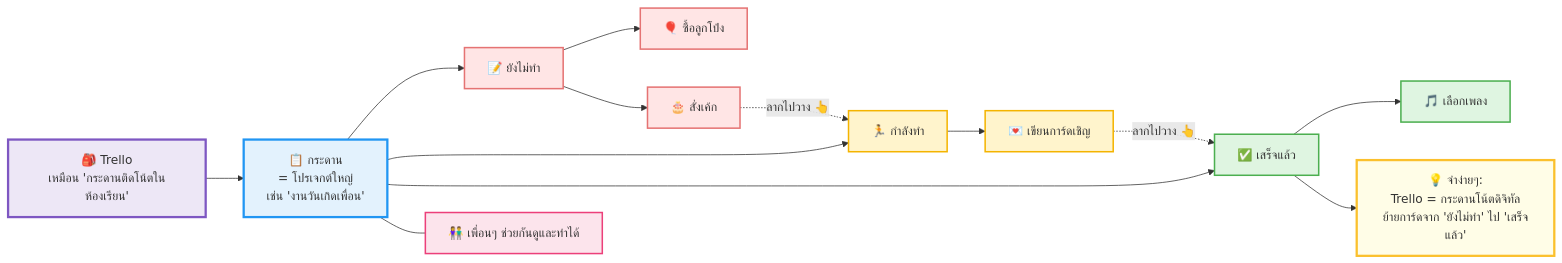
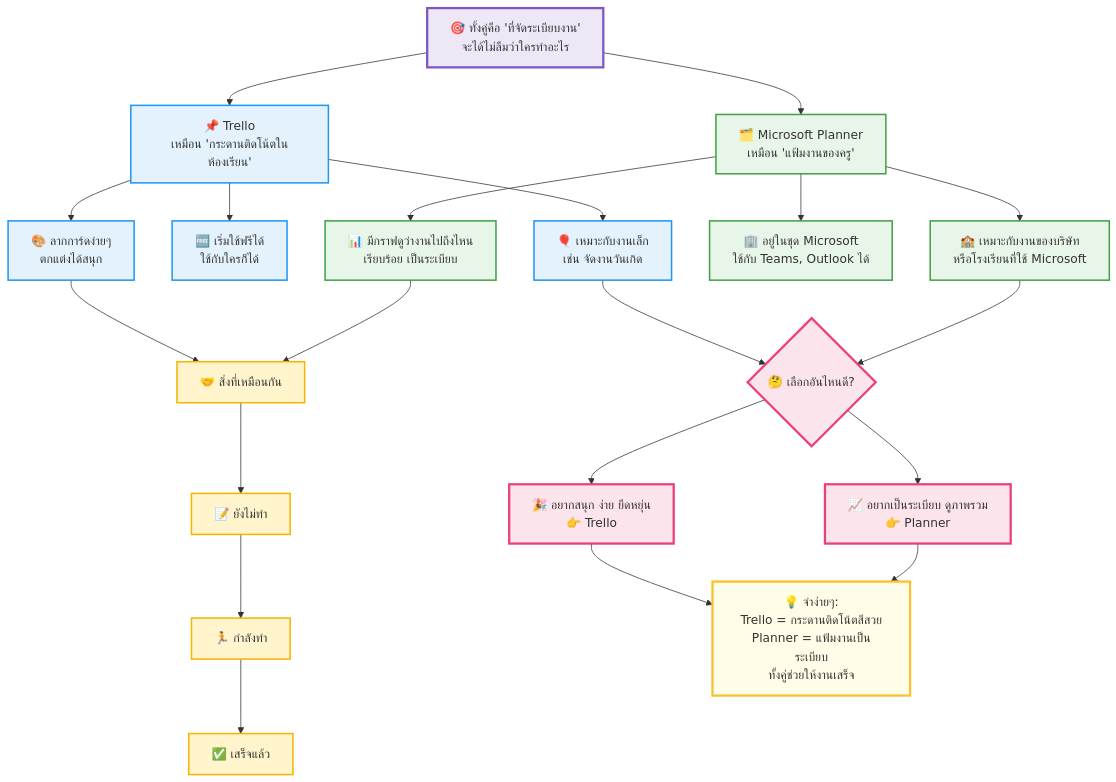
The diagram in mermaid/README.md (sumet-y/page), drawn with Mermaid before and after one commit.

````diff
--- a/mermaid/README.md
+++ b/mermaid/README.md
@@ -1,42 +1,46 @@
 ```mermaid
-flowchart LR
-    A["🎒 Trello<br/>เหมือน 'กระดานติดโน้ตในห้องเรียน'"]
+flowchart TB
+    T["🎯 ทั้งคู่คือ 'ที่จัดระเบียบงาน'<br/>จะได้ไม่ลืมว่าใครทำอะไร"]
 
-    A --> B["📋 กระดาน<br/>= โปรเจกต์ใหญ่<br/>เช่น 'งานวันเกิดเพื่อน'"]
+    T --> L["📌 Trello<br/>เหมือน 'กระดานติดโน้ตในห้องเรียน'"]
+    T --> R["🗂️ Microsoft Planner<br/>เหมือน 'แฟ้มงานของครู'"]
 
-    B --> C["📝 ยังไม่ทำ"]
-    B --> D["🏃 กำลังทำ"]
-    B --> E["✅ เสร็จแล้ว"]
+    L --> L1["🎨 ลากการ์ดง่ายๆ<br/>ตกแต่งได้สนุก"]
+    L --> L2["🆓 เริ่มใช้ฟรีได้<br/>ใช้กับใครก็ได้"]
+    L --> L3["🎈 เหมาะกับงานเล็ก<br/>เช่น จัดงานวันเกิด"]
 
-    C --> C1["🎈 ซื้อลูกโป่ง"]
-    C --> C2["🎂 สั่งเค้ก"]
+    R --> R1["📊 มีกราฟดูว่างานไปถึงไหน<br/>เรียบร้อย เป็นระเบียบ"]
+    R --> R2["🏢 อยู่ในชุด Microsoft<br/>ใช้กับ Teams, Outlook ได้"]
+    R --> R3["🏫 เหมาะกับงานของบริษัท<br/>หรือโรงเรียนที่ใช้ Microsoft"]
 
-    D --> D1["💌 เขียนการ์ดเชิญ"]
+    L1 --> S["🤝 สิ่งที่เหมือนกัน"]
+    R1 --> S
 
-    E --> E1["🎵 เลือกเพลง"]
+    S --> S1["📝 ยังไม่ทำ"]
+    S1 --> S2["🏃 กำลังทำ"]
+    S2 --> S3["✅ เสร็จแล้ว"]
 
-    C2 -. "ลากไปวาง 👆" .-> D
-    D1 -. "ลากไปวาง 👆" .-> E
+    L3 --> Q{"🤔 เลือกอันไหนดี?"}
+    R3 --> Q
 
-    F["👫 เพื่อนๆ ช่วยกันดูและทำได้"]
-    B --- F
+    Q --> Q1["🎉 อยากสนุก ง่าย ยืดหยุ่น<br/>👉 Trello"]
+    Q --> Q2["📈 อยากเป็นระเบียบ ดูภาพรวม<br/>👉 Planner"]
 
-    G["💡 จำง่ายๆ:<br/>Trello = กระดานโน้ตดิจิทัล<br/>ย้ายการ์ดจาก 'ยังไม่ทำ' ไป 'เสร็จแล้ว'"]
-    E --> G
+    M["💡 จำง่ายๆ:<br/>Trello = กระดานติดโน้ตสีสวย<br/>Planner = แฟ้มงานเป็นระเบียบ<br/>ทั้งคู่ช่วยให้งานเสร็จ"]
+    Q1 --> M
+    Q2 --> M
 
-    classDef todo fill:#FFE5E5,stroke:#E57373,stroke-width:2px,color:#333
-    classDef doing fill:#FFF4CC,stroke:#F4B400,stroke-width:2px,color:#333
-    classDef done fill:#DFF5E1,stroke:#4CAF50,stroke-width:2px,color:#333
-    classDef board fill:#E3F2FD,stroke:#2196F3,stroke-width:3px,color:#333
-    classDef root fill:#EDE7F6,stroke:#7E57C2,stroke-width:3px,color:#333
-    classDef friends fill:#FCE4EC,stroke:#EC407A,stroke-width:2px,color:#333
+    classDef top fill:#EDE7F6,stroke:#7E57C2,stroke-width:3px,color:#333
+    classDef trello fill:#E3F2FD,stroke:#2196F3,stroke-width:2px,color:#333
+    classDef planner fill:#E8F5E9,stroke:#43A047,stroke-width:2px,color:#333
+    classDef same fill:#FFF4CC,stroke:#F4B400,stroke-width:2px,color:#333
+    classDef ask fill:#FCE4EC,stroke:#EC407A,stroke-width:3px,color:#333
     classDef memo fill:#FFFDE7,stroke:#FBC02D,stroke-width:3px,color:#333
 
-    class A root
-    class B board
-    class C,C1,C2 todo
-    class D,D1 doing
-    class E,E1 done
-    class F friends
-    class G memo
+    class T top
+    class L,L1,L2,L3 trello
+    class R,R1,R2,R3 planner
+    class S,S1,S2,S3 same
+    class Q,Q1,Q2 ask
+    class M memo
 ```
````
